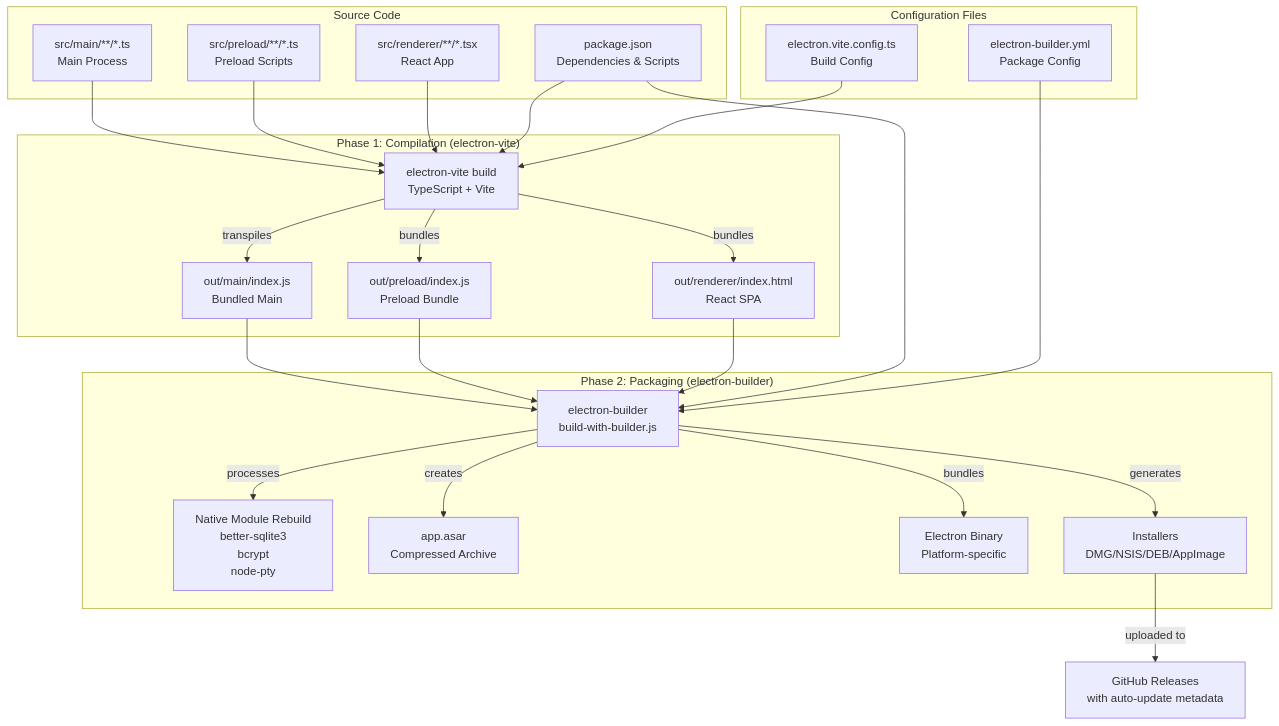
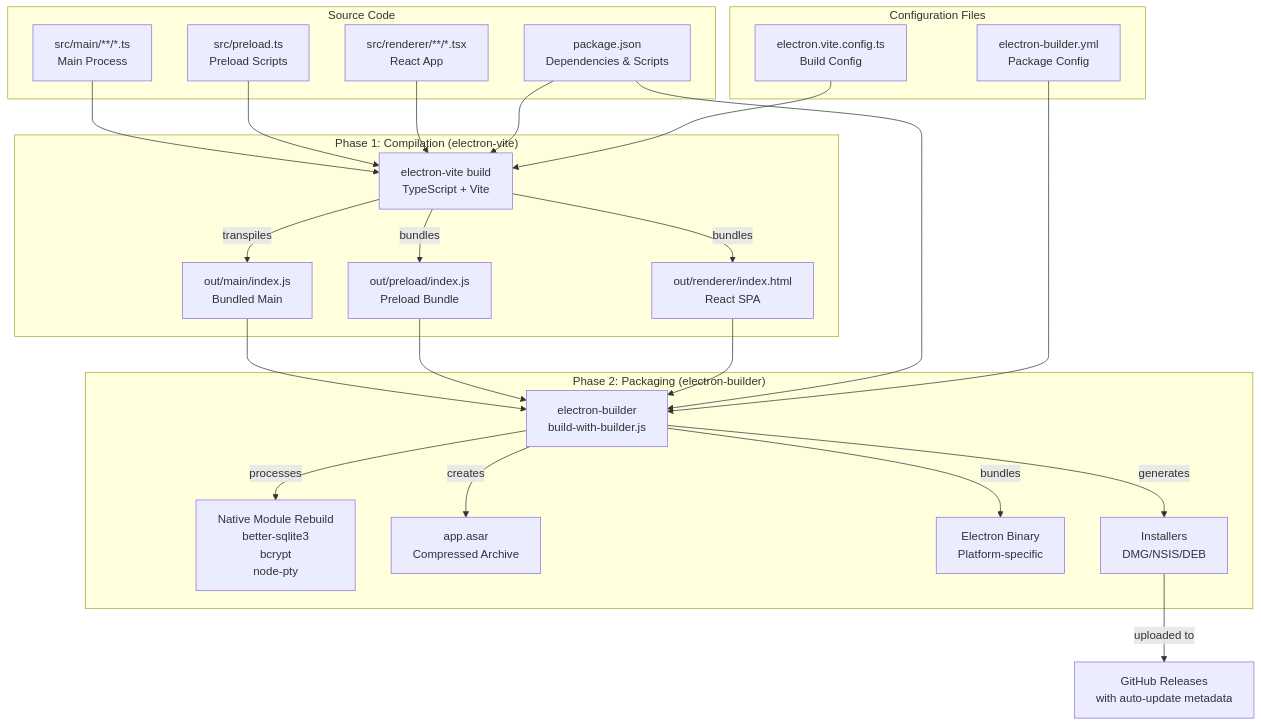
One commit to blackcater/zentree changed the first of 3 diagrams in docs/iOfficeAI_AionUi/build-and-deployment/index.md. Above: the diagram before and after it, drawn with Mermaid. The commit also changed other lines of this file and 232 other files, not shown here.

````diff
--- a/docs/iOfficeAI_AionUi/build-and-deployment/index.md
+++ b/docs/iOfficeAI_AionUi/build-and-deployment/index.md
@@ -34,44 +48,44 @@
 ```mermaid
 graph TB
     subgraph "Source Code"
         SRC_MAIN["src/main/**/*.ts<br/>Main Process"]
-        SRC_PRELOAD["src/preload/**/*.ts<br/>Preload Scripts"]
+        SRC_PRELOAD["src/preload.ts<br/>Preload Scripts"]
         SRC_RENDERER["src/renderer/**/*.tsx<br/>React App"]
         PKG["package.json<br/>Dependencies & Scripts"]
     end
-
+    
     subgraph "Phase 1: Compilation (electron-vite)"
         VITE["electron-vite build<br/>TypeScript + Vite"]
         VITE -->|transpiles| OUT_MAIN["out/main/index.js<br/>Bundled Main"]
         VITE -->|bundles| OUT_PRELOAD["out/preload/index.js<br/>Preload Bundle"]
         VITE -->|bundles| OUT_RENDERER["out/renderer/index.html<br/>React SPA"]
     end
-
+    
     subgraph "Phase 2: Packaging (electron-builder)"
         BUILDER["electron-builder<br/>build-with-builder.js"]
         BUILDER -->|processes| NATIVE["Native Module Rebuild<br/>better-sqlite3<br/>bcrypt<br/>node-pty"]
         BUILDER -->|creates| ASAR["app.asar<br/>Compressed Archive"]
         BUILDER -->|bundles| ELECTRON["Electron Binary<br/>Platform-specific"]
-        BUILDER -->|generates| INSTALLERS["Installers<br/>DMG/NSIS/DEB/AppImage"]
+        BUILDER -->|generates| INSTALLERS["Installers<br/>DMG/NSIS/DEB"]
     end
-
+    
     subgraph "Configuration Files"
         EBCONFIG["electron-builder.yml<br/>Package Config"]
         VITECONFIG["electron.vite.config.ts<br/>Build Config"]
     end
-
+    
     SRC_MAIN --> VITE
     SRC_PRELOAD --> VITE
     SRC_RENDERER --> VITE
     PKG --> VITE
-
+    
     OUT_MAIN --> BUILDER
     OUT_PRELOAD --> BUILDER
     OUT_RENDERER --> BUILDER
     PKG --> BUILDER
-
+    
     EBCONFIG --> BUILDER
     VITECONFIG --> VITE
-
+    
     INSTALLERS -->|uploaded to| GITHUB["GitHub Releases<br/>with auto-update metadata"]
 ```
````
